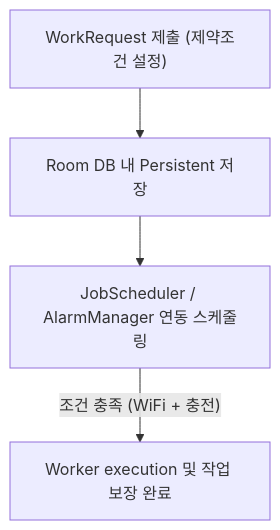
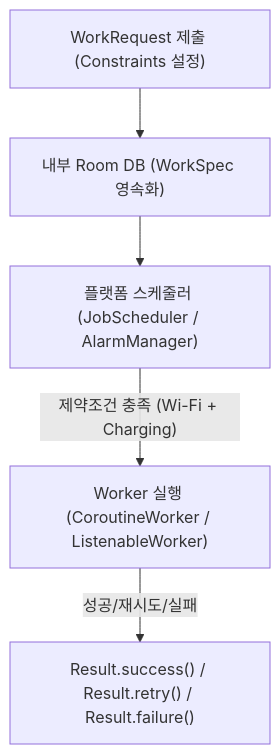
The diagram in 01_inbox/mobile/android/04_system_services/background-and-notifications/work-manager.md (youngmin-gwon/what-i-studied), drawn with Mermaid before and after one commit. The commit also changed other lines of this file and 83 other files, not shown here.

````diff
--- a/01_inbox/mobile/android/04_system_services/background-and-notifications/work-manager.md
+++ b/01_inbox/mobile/android/04_system_services/background-and-notifications/work-manager.md
@@ -17,6 +24,7 @@
 ```mermaid
 graph TD
-    WorkReq["WorkRequest 제출 (제약조건 설정)"] --> WorkDB["Room DB 내 Persistent 저장"]
-    WorkDB --> Scheduler["JobScheduler / AlarmManager 연동 스케줄링"]
-    Scheduler -->|"조건 충족 (WiFi + 충전)"| Exec["Worker execution 및 작업 보장 완료"]
+    WorkReq["WorkRequest 제출 (Constraints 설정)"] --> WorkDB["내부 Room DB (WorkSpec 영속화)"]
+    WorkDB --> Scheduler["플랫폼 스케줄러 (JobScheduler / AlarmManager)"]
+    Scheduler -->|"제약조건 충족 (Wi-Fi + Charging)"| Exec["Worker 실행 (CoroutineWorker / ListenableWorker)"]
+    Exec -->|"성공/재시도/실패"| Result["Result.success() / Result.retry() / Result.failure()"]
 ```
````
